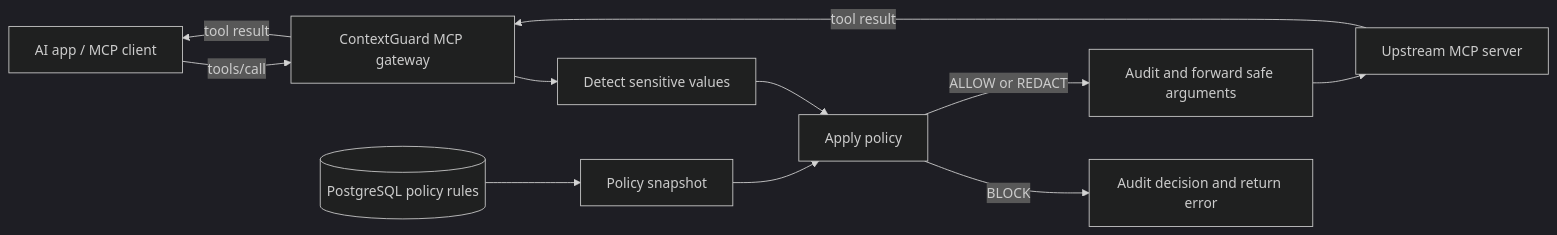
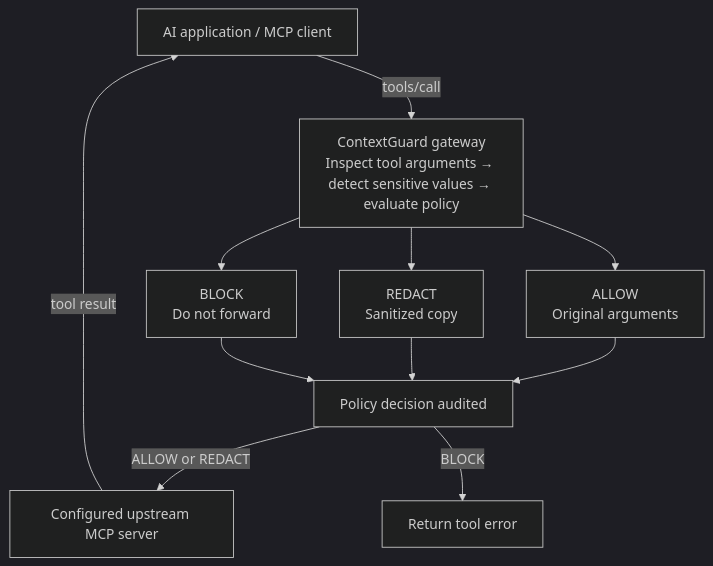
The second of 2 diagrams in README.md (angelfrancel/contextguard), drawn with Mermaid (dark theme) before and after one commit. The commit also changed other lines of this file and 2 other files, not shown here.

Commit message:
Align Bash and PowerShell gateway verification (#7)
* feat(demo): add uppercase MCP tool

* feat(policy): persist rules and audit decisions

* feat(gateway): guard discovered upstream tools

* test: document and verify gateway behavior

* docs: add ContextGuard overview and local demo

* ci: add GitHub Actions workflow for unit, integration, and e2e verification

* feat: support tool-specific policy rules

* test: demonstrate tool-specific policy decisions

* docs: explain tool-specific policy rules

* feat: run ContextGuard stack with Docker Compose

* docs(readme): refine positioning and quickstart

* test: add Bash gateway verification for Linux and macOS

* test: align Bash and PowerShell gateway verification

* docs: update gateway flow diagram

* test: parse MCP event stream in Bash verifier

````diff
--- a/README.md
+++ b/README.md
@@ -95,13 +95,13 @@
 ```mermaid
-flowchart LR
-    Caller["AI app / MCP client"] -->|"tools/call"| Gateway["ContextGuard MCP gateway"]
-    Gateway --> Detect["Detect sensitive values"]
-    Detect --> Decide["Apply policy"]
-    Rules[(PostgreSQL policy rules)] --> Snapshot["Policy snapshot"]
-    Snapshot --> Decide
-    Decide -->|"BLOCK"| Stop["Audit decision and return error"]
-    Decide -->|"ALLOW or REDACT"| Forward["Audit and forward safe arguments"]
-    Forward --> Upstream["Upstream MCP server"]
-    Upstream -->|"tool result"| Gateway
-    Gateway -->|"tool result"| Caller
+flowchart TD
+    Caller["AI application / MCP client"] -->|"tools/call"| Gateway["ContextGuard gateway<br/>Inspect tool arguments → detect sensitive values → evaluate policy"]
+    Gateway --> Allow["ALLOW<br/>Original arguments"]
+    Gateway --> Redact["REDACT<br/>Sanitized copy"]
+    Gateway --> Block["BLOCK<br/>Do not forward"]
+    Allow --> Audit["Policy decision audited"]
+    Redact --> Audit
+    Block --> Audit
+    Audit -->|"ALLOW or REDACT"| Upstream["Configured upstream MCP server"]
+    Audit -->|"BLOCK"| Error["Return tool error"]
+    Upstream -->|"tool result"| Caller
 ```
````
